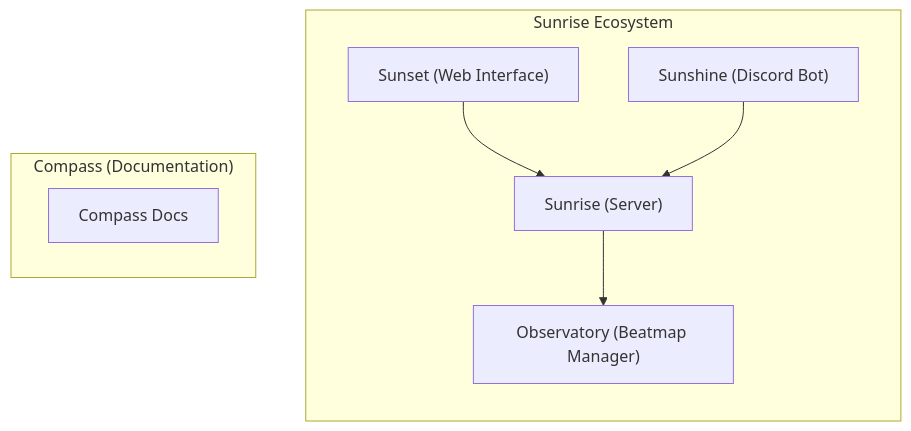
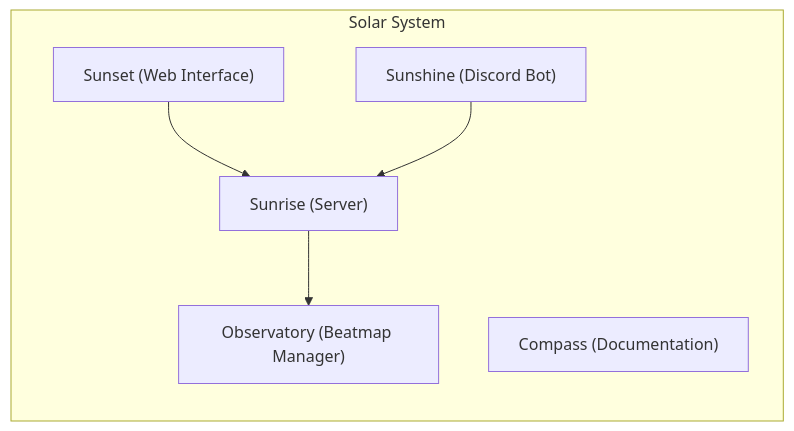
One commit to SunriseCommunity/Compass changed the diagram in docs/getting-started/what-is-sunrise.mdx. Above: the diagram before and after it, drawn with Mermaid. The commit also changed other lines of this file, not shown here.

Commit message:
chpre: Update what-is-sunrise.mdx scheme

````diff
--- a/docs/getting-started/what-is-sunrise.mdx
+++ b/docs/getting-started/what-is-sunrise.mdx
@@ -33,19 +37,16 @@
 ```mermaid
 graph TD;
-    subgraph Sunrise["Sunrise Ecosystem"]
+    subgraph SolarSystem["Solar System"]
         direction TB;
         SunriseCore["Sunrise (Server)"];
         Sunset["Sunset (Web Interface)"];
         Observatory["Observatory (Beatmap Manager)"];
         Sunshine["Sunshine (Discord Bot)"];
-    end
-
-    subgraph Compass["Compass (Documentation)"]
-        CompassDocs["Compass Docs"];
+        CompassDocs["Compass (Documentation)"];
     end
 
     SunriseCore --> Observatory;
     Sunset --> SunriseCore;
     Sunshine --> SunriseCore;
 
 ```
````
